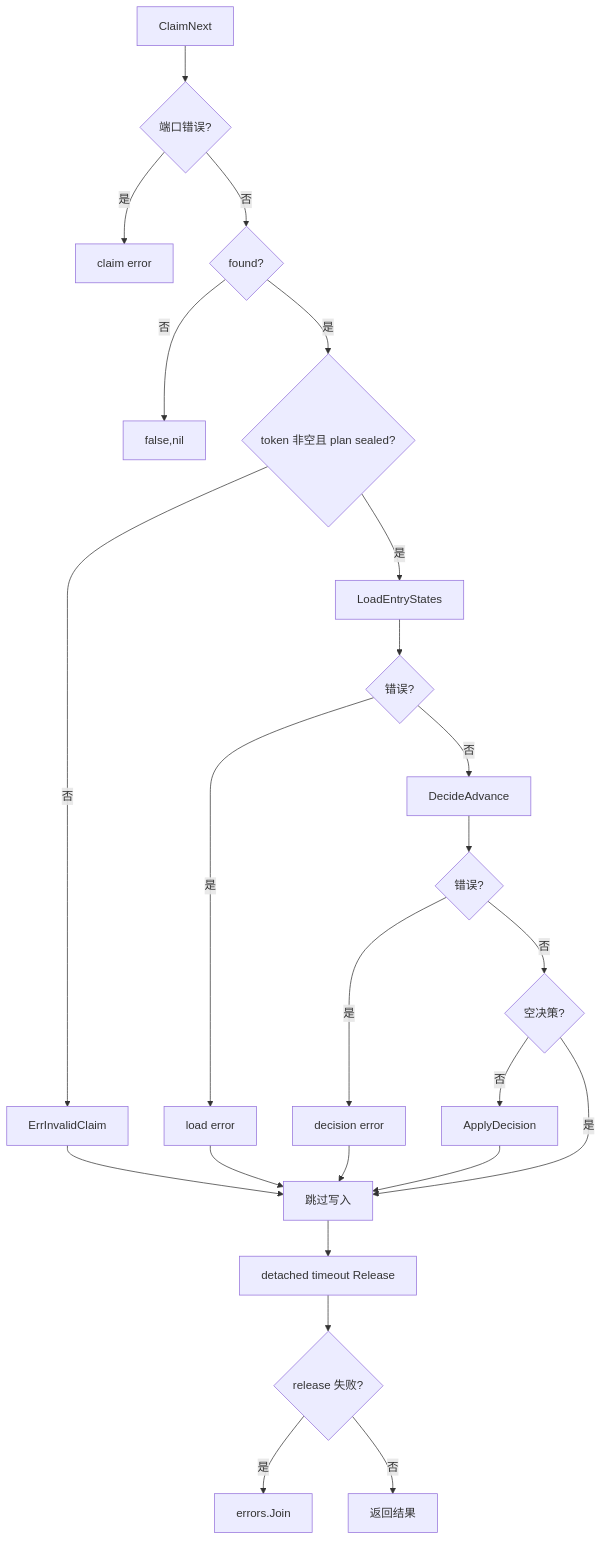
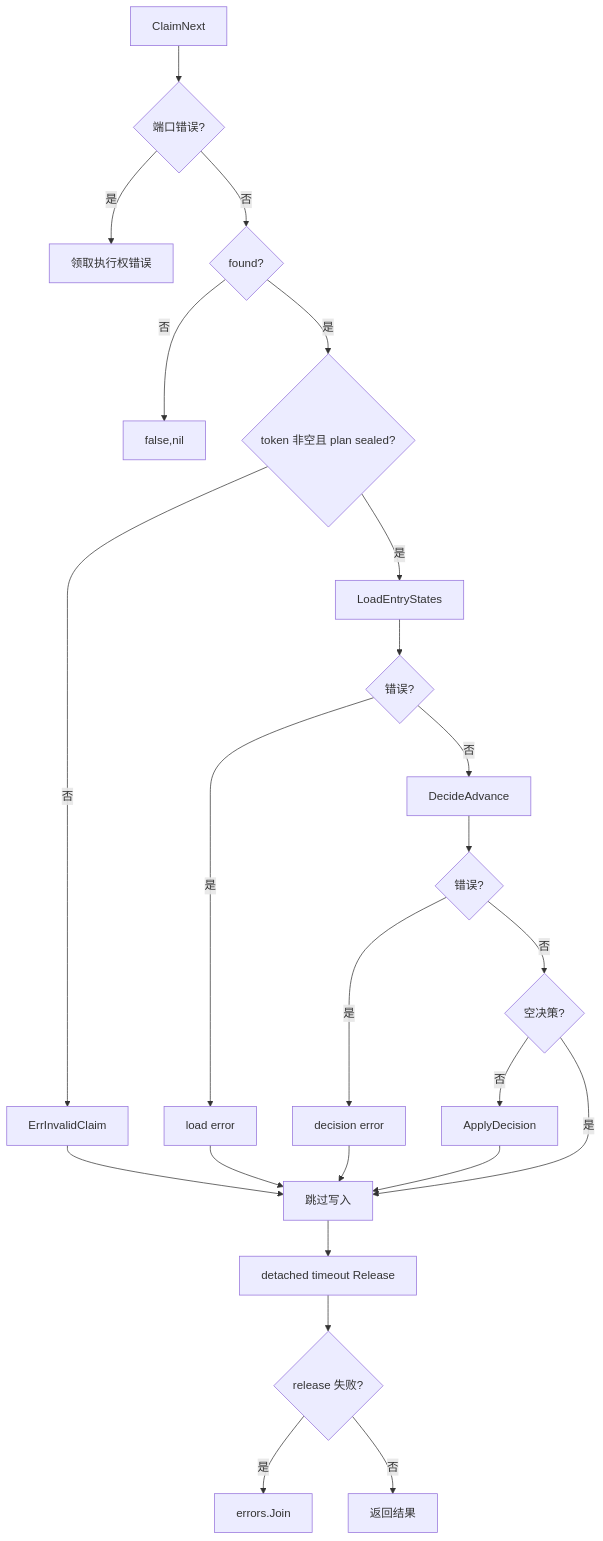
The second of 2 diagrams in docs/application/scheduling/process-next-claim.md (Capsule7446/healix-core), drawn with Mermaid before and after one commit. The commit also changed other lines of this file and 180 other files, not shown here.

````diff
--- a/docs/application/scheduling/process-next-claim.md
+++ b/docs/application/scheduling/process-next-claim.md
@@ -43,26 +43,26 @@
 ```mermaid
 flowchart TD
     A[ClaimNext] --> B{端口错误?}
-    B -- 是 --> E1[claim error]
+    B -- 是 --> E1[领取执行权错误]
     B -- 否 --> C{found?}
     C -- 否 --> Z[false,nil]
     C -- 是 --> D{token 非空且 plan sealed?}
     D -- 否 --> E2[ErrInvalidClaim]
     D -- 是 --> F[LoadEntryStates]
     F --> G{错误?}
     G -- 是 --> E3[load error]
     G -- 否 --> H[DecideAdvance]
     H --> I{错误?}
     I -- 是 --> E4[decision error]
     I -- 否 --> J{空决策?}
     J -- 否 --> K[ApplyDecision]
     J -- 是 --> R[跳过写入]
     K --> R
     E2 --> R
     E3 --> R
     E4 --> R
     R --> L[detached timeout Release]
     L --> M{release 失败?}
     M -- 是 --> N[errors.Join]
     M -- 否 --> O[返回结果]
 ```
````
